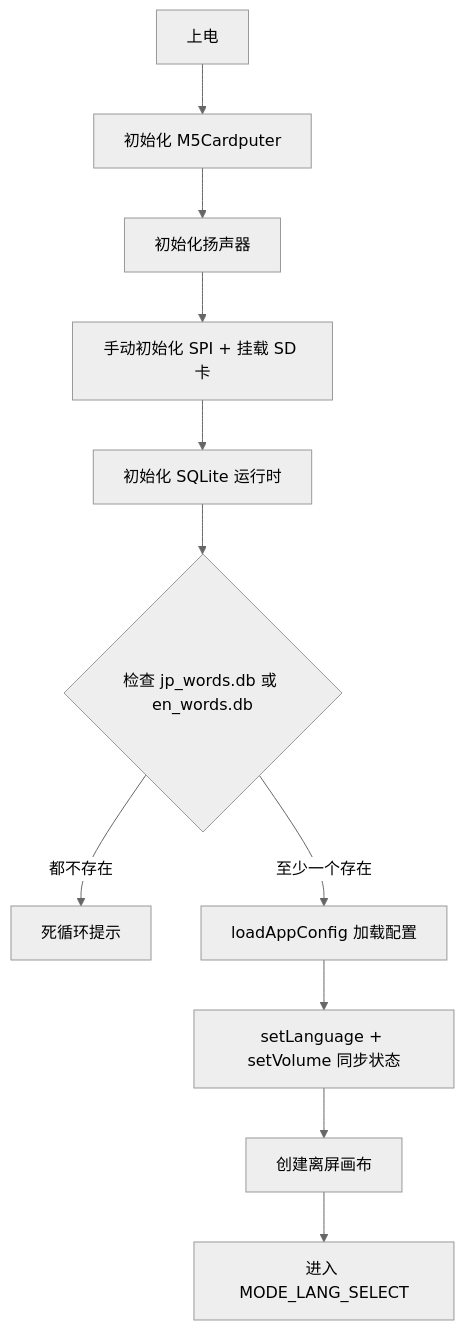
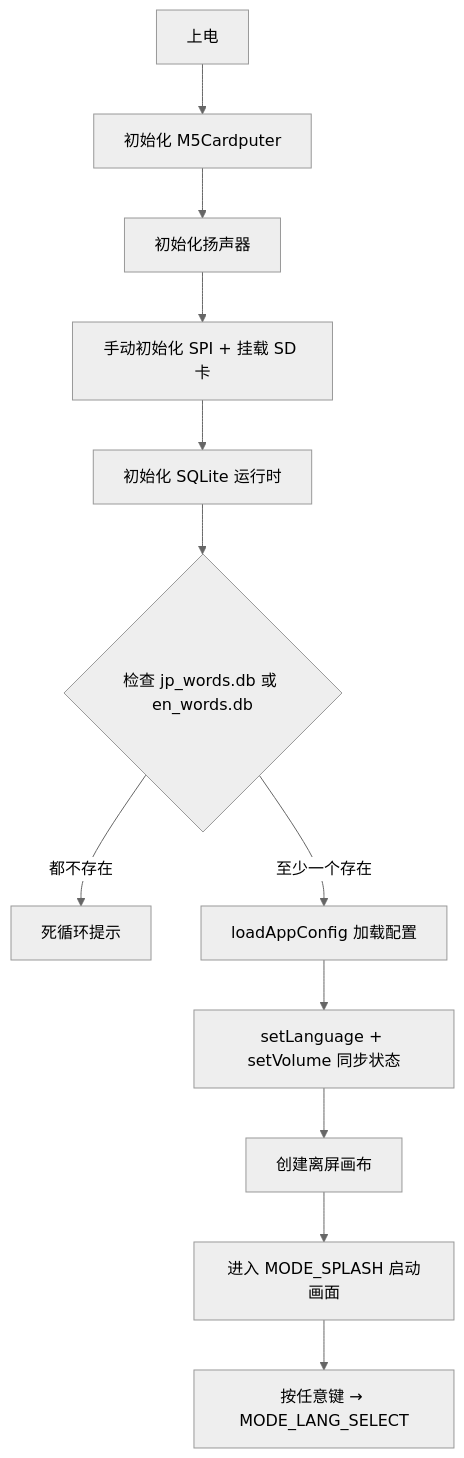
The first of 2 diagrams in docs/zh-CN/WordCardputer.md (Mr-xiaotian/WordCardputer), drawn with Mermaid (neutral theme) before and after one commit. The commit also changed other lines of this file and 23 other files, not shown here.

````diff
--- a/docs/zh-CN/WordCardputer.md
+++ b/docs/zh-CN/WordCardputer.md
@@ -35,13 +266,14 @@
 ```mermaid
 flowchart TD
     A[上电] --> B[初始化 M5Cardputer]
     B --> C[初始化扬声器]
     C --> D[手动初始化 SPI + 挂载 SD 卡]
     D --> E[初始化 SQLite 运行时]
     E --> F{检查 jp_words.db 或 en_words.db}
     F -->|都不存在| G[死循环提示]
     F -->|至少一个存在| H[loadAppConfig 加载配置]
     H --> I[setLanguage + setVolume 同步状态]
     I --> J[创建离屏画布]
-    J --> K[进入 MODE_LANG_SELECT]
+    J --> K[进入 MODE_SPLASH 启动画面]
+    K --> L[按任意键 → MODE_LANG_SELECT]
 ```
````
